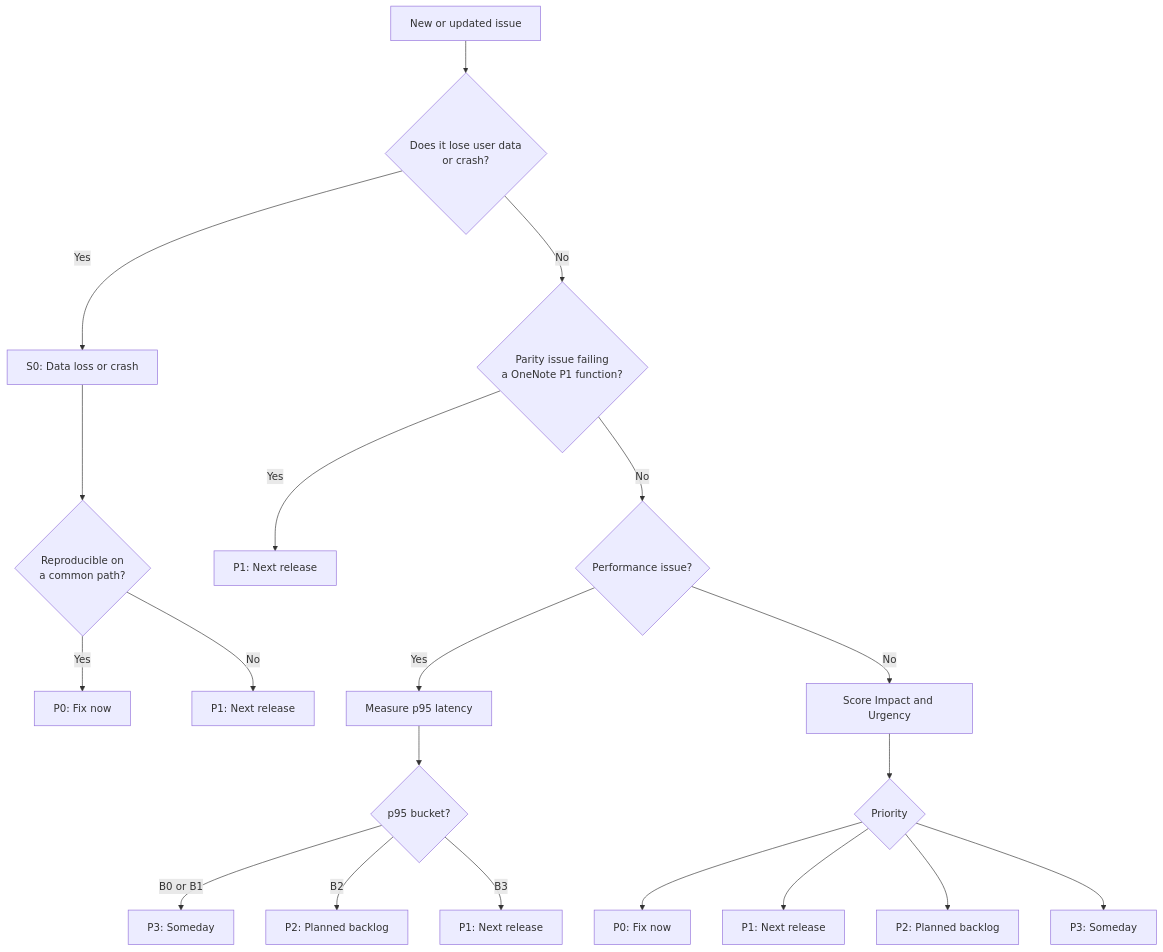
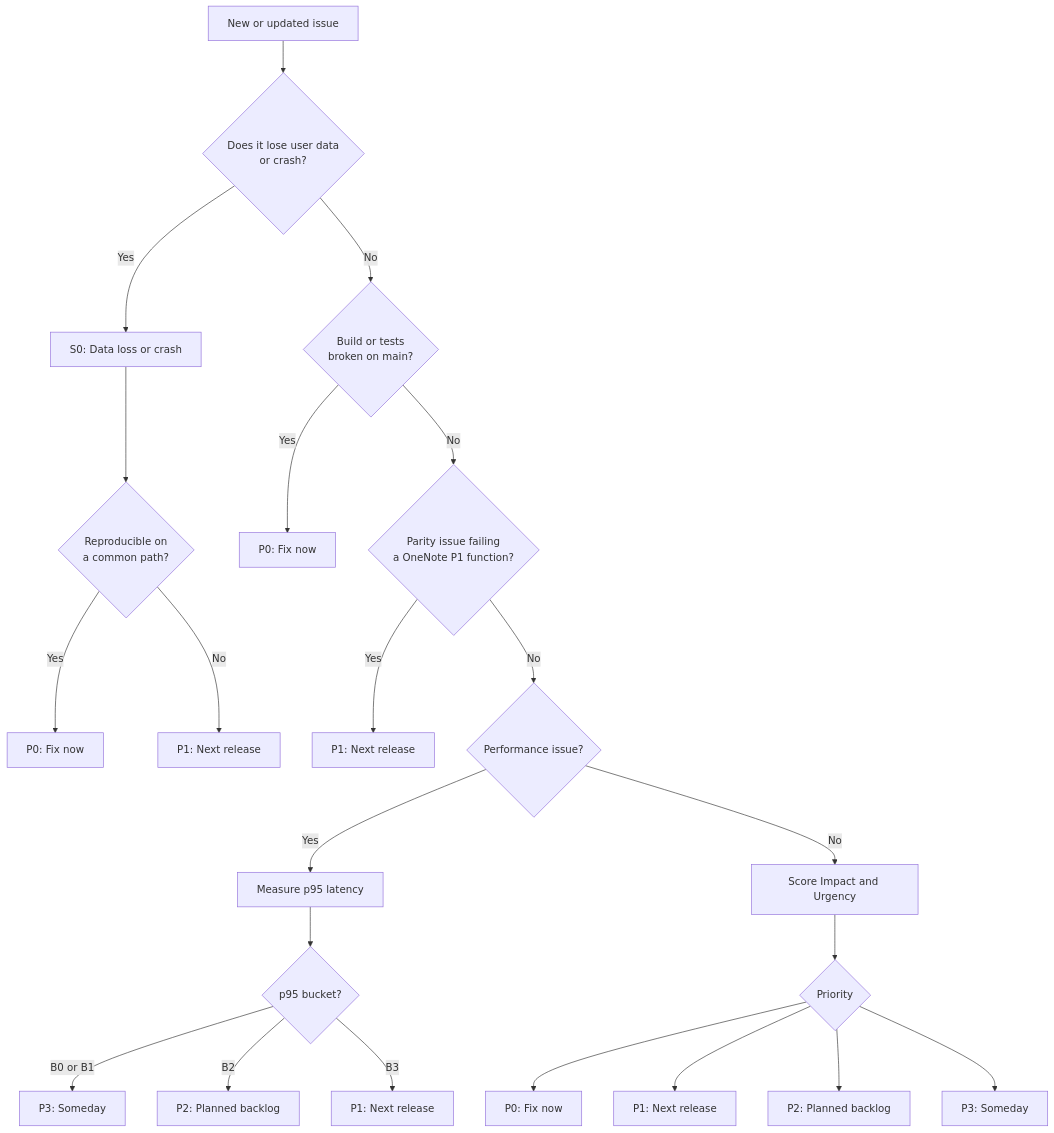
Before and after one commit to AlienTechSoftware/notecraft: the second of 3 diagrams in docs/prioritization.md, drawn with Mermaid. The commit also changed other lines of this file, not shown here.

Commit message:
docs: build and test breaks on main are P0 blockers

````diff
--- a/docs/prioritization.md
+++ b/docs/prioritization.md
@@ -197,22 +202,24 @@
 ```mermaid
 flowchart TD
     A["New or updated issue"] --> B{"Does it lose user data<br/>or crash?"}
     B -->|Yes| C["S0: Data loss or crash"]
     C --> D{"Reproducible on<br/>a common path?"}
     D -->|Yes| P0["P0: Fix now"]
     D -->|No| P1a["P1: Next release"]
-    B -->|No| E{"Parity issue failing<br/>a OneNote P1 function?"}
+    B -->|No| B2{"Build or tests<br/>broken on main?"}
+    B2 -->|Yes| P0c["P0: Fix now"]
+    B2 -->|No| E{"Parity issue failing<br/>a OneNote P1 function?"}
     E -->|Yes| P1b["P1: Next release"]
     E -->|No| F{"Performance issue?"}
     F -->|Yes| G["Measure p95 latency"]
     G --> H{"p95 bucket?"}
     H -->|B0 or B1| P3a["P3: Someday"]
     H -->|B2| P2["P2: Planned backlog"]
     H -->|B3| P1c["P1: Next release"]
     F -->|No| I["Score Impact and Urgency"]
     I --> J{"Priority"}
     J --> P0b["P0: Fix now"]
     J --> P1d["P1: Next release"]
     J --> P2b["P2: Planned backlog"]
     J --> P3b["P3: Someday"]
 ```
````
